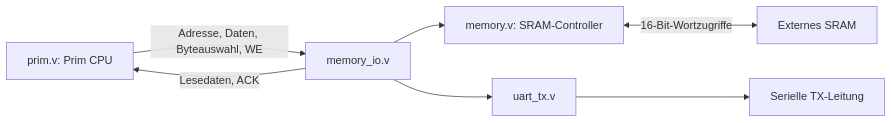
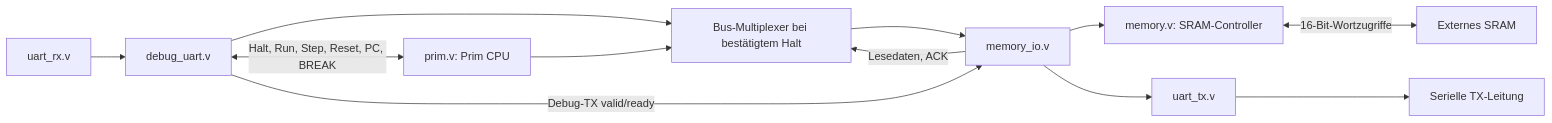
The fourth of 5 diagrams in docs/CODE.md (dirkmo/prim), drawn with Mermaid before and after one commit. The commit also changed other lines of this file and 22 other files, not shown here.

````diff
--- a/docs/CODE.md
+++ b/docs/CODE.md
@@ -520,9 +520,14 @@
 ```mermaid
 flowchart LR
-    CPU["prim.v: Prim CPU"] -->|Adresse, Daten, Byteauswahl, WE| IO["memory_io.v"]
-    IO -->|Lesedaten, ACK| CPU
+    CPU["prim.v: Prim CPU"] --> MUX["Bus-Multiplexer bei bestätigtem Halt"]
+    DEBUG["debug_uart.v"] --> MUX
+    RX["uart_rx.v"] --> DEBUG
+    DEBUG <-->|Halt, Run, Step, Reset, PC, BREAK| CPU
+    MUX --> IO["memory_io.v"]
+    IO -->|Lesedaten, ACK| MUX
+    DEBUG -->|Debug-TX valid/ready| IO
     IO --> SRAM["memory.v: SRAM-Controller"]
     SRAM <-->|16-Bit-Wortzugriffe| RAM["Externes SRAM"]
     IO --> UART["uart_tx.v"]
     UART --> TX["Serielle TX-Leitung"]
 ```
````
